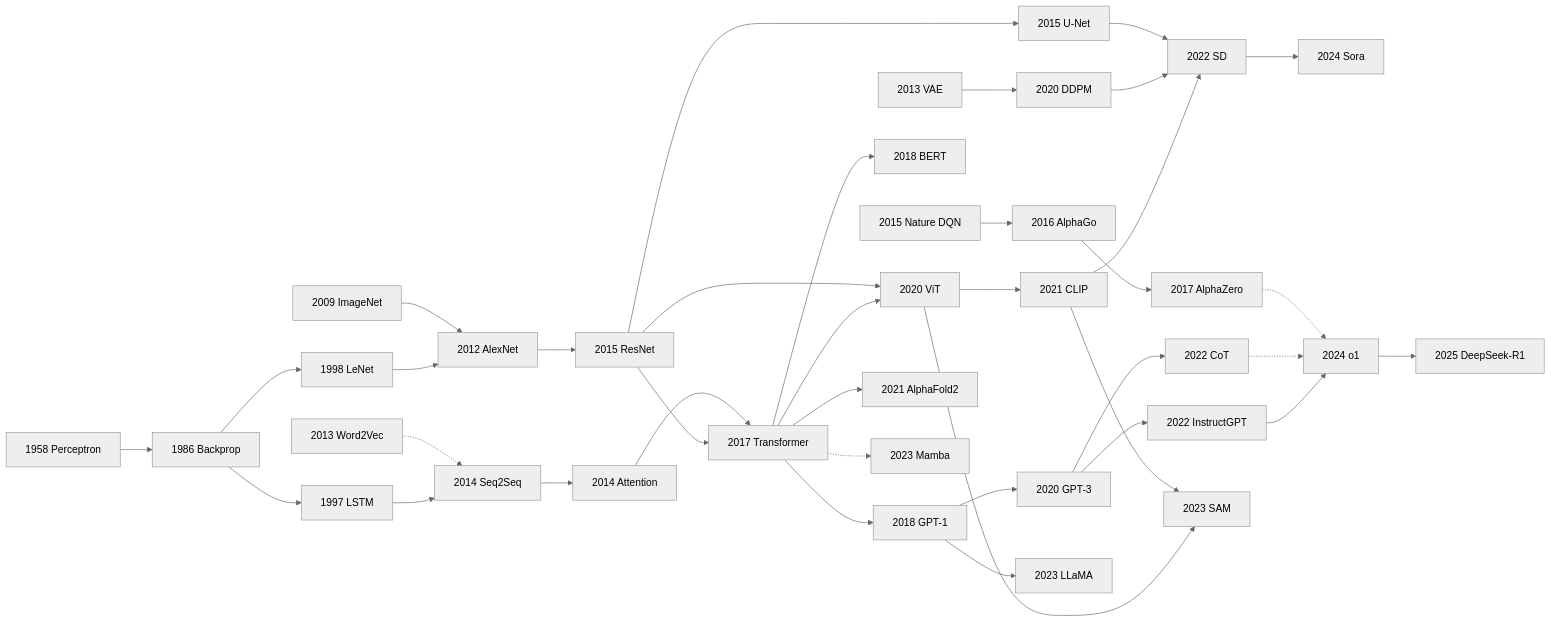
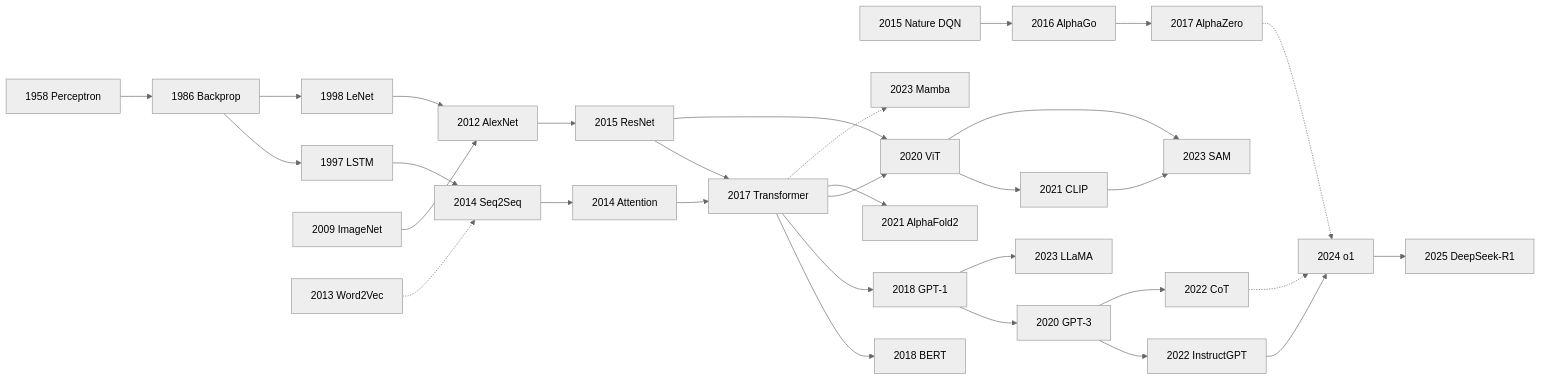
Before and after one commit to zhaoyang97/awesome-papers: the diagram in docs_en/index.md, drawn with Mermaid (neutral theme). The commit also changed other lines of this file and 1 other file, not shown here.

````diff
--- a/docs_en/index.md
+++ b/docs_en/index.md
@@ -11,79 +11,67 @@
 ```mermaid
 graph LR
   Per[1958 Perceptron] --> BP[1986 Backprop]
   BP --> LSTM[1997 LSTM]
   BP --> LeNet[1998 LeNet]
   LeNet --> Alex[2012 AlexNet]
   IN[2009 ImageNet] --> Alex
   Alex --> Res[2015 ResNet]
 
   LSTM --> S2S[2014 Seq2Seq]
   W2V[2013 Word2Vec] -.-> S2S
   S2S --> Att[2014 Attention]
   Res --> Tr[2017 Transformer]
   Att --> Tr
 
-  Res --> UNet[2015 U-Net]
-  VAE[2013 VAE] --> DDPM[2020 DDPM]
-
   DQN[2015 Nature DQN] --> AGo[2016 AlphaGo]
   AGo --> AZero[2017 AlphaZero]
 
   Tr --> BERT[2018 BERT]
   Tr --> GPT[2018 GPT-1]
   Tr --> ViT[2020 ViT]
   Res --> ViT
 
   GPT --> G3[2020 GPT-3]
   ViT --> CLIP[2021 CLIP]
-  CLIP --> SD[2022 SD]
-  DDPM --> SD
-  UNet --> SD
 
   Tr --> AF2[2021 AlphaFold2]
   G3 --> IGPT[2022 InstructGPT]
   G3 --> CoT[2022 CoT]
 
   GPT --> LLaMA[2023 LLaMA]
   ViT --> SAM[2023 SAM]
   CLIP --> SAM
   Tr -.-> Mamba[2023 Mamba]
-  SD --> Sora[2024 Sora]
   IGPT --> o1[2024 o1]
   CoT -.-> o1
   AZero -.-> o1
   o1 --> R1[2025 DeepSeek-R1]
 
   click Per "era1_foundations/1958_perceptron/" "Perceptron note"
   click BP "era1_foundations/1986_backprop/" "Backprop note"
   click LSTM "era1_foundations/1997_lstm/" "LSTM note"
   click LeNet "era1_foundations/1998_lenet/" "LeNet note"
   click IN "era1_foundations/2009_imagenet/" "ImageNet note"
   click Alex "era2_deep_renaissance/2012_alexnet/" "AlexNet note"
   click W2V "era2_deep_renaissance/2013_word2vec/" "Word2Vec note"
-  click VAE "era2_deep_renaissance/2013_vae/" "VAE note"
   click S2S "era2_deep_renaissance/2014_seq2seq/" "Seq2Seq note"
   click Att "era2_deep_renaissance/2014_attention/" "Bahdanau Attention note"
   click Res "era2_deep_renaissance/2015_resnet/" "ResNet note"
-  click UNet "era2_deep_renaissance/2015_unet/" "U-Net note"
   click DQN "era2_deep_renaissance/2015_dqn_nature/" "Nature DQN note"
   click AGo "era2_deep_renaissance/2016_alphago/" "AlphaGo note"
   click Tr "era3_attention/2017_transformer/" "Transformer note"
   click AZero "era3_attention/2017_alphazero/" "AlphaZero note"
   click BERT "era3_attention/2018_bert/" "BERT note"
   click GPT "era3_attention/2018_gpt1/" "GPT-1 note"
   click G3 "era4_foundation_models/2020_gpt3/" "GPT-3 note"
   click ViT "era4_foundation_models/2020_vit/" "ViT note"
-  click DDPM "era4_foundation_models/2020_ddpm/" "DDPM note"
   click CLIP "era4_foundation_models/2021_clip/" "CLIP note"
   click AF2 "era4_foundation_models/2021_alphafold2/" "AlphaFold2 note"
-  click SD "era4_foundation_models/2022_stable_diffusion/" "Stable Diffusion note"
   click IGPT "era4_foundation_models/2022_instructgpt/" "InstructGPT note"
   click CoT "era4_foundation_models/2022_cot/" "CoT note"
   click LLaMA "era5_genai_explosion/2023_llama/" "LLaMA note"
   click SAM "era5_genai_explosion/2023_sam/" "SAM note"
   click Mamba "era5_genai_explosion/2023_mamba/" "Mamba note"
-  click Sora "era5_genai_explosion/2024_sora/" "Sora note"
   click o1 "era5_genai_explosion/2024_o1/" "o1 note"
   click R1 "era5_genai_explosion/2025_deepseek_r1/" "DeepSeek-R1 note"
 ```
````
